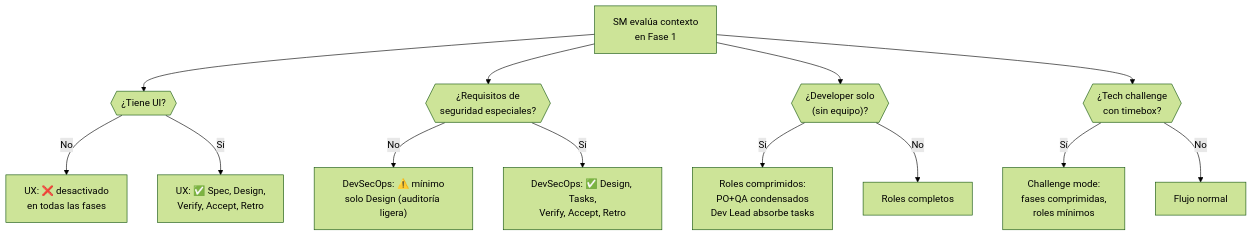
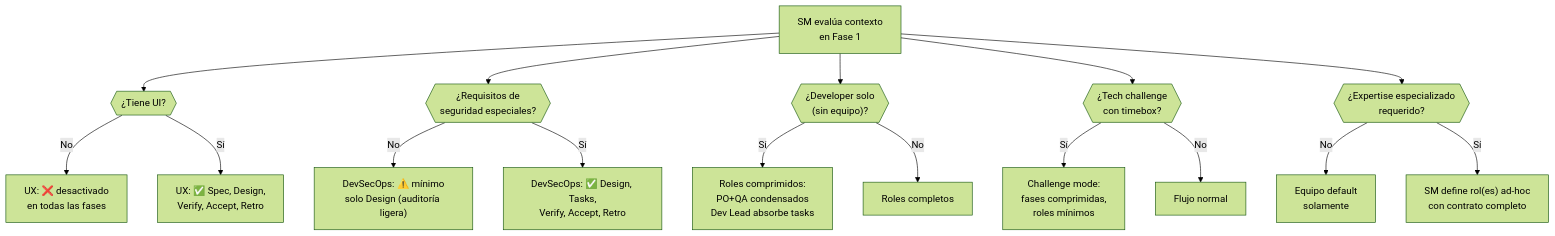
The tenth of 14 diagrams in docs/role-profiles.md (virgenherrera/idea-to-mvp), drawn with Mermaid (forest theme) before and after one commit. The commit also changed other lines of this file and 6 other files, not shown here.

````diff
--- a/docs/role-profiles.md
+++ b/docs/role-profiles.md
@@ -408,20 +536,24 @@
 ```mermaid
 flowchart TD
     START["SM evalúa contexto\nen Fase 1"]
 
     START --> Q_UI{{"¿Tiene UI?"}}
     Q_UI -->|No| NO_UX["UX: ❌ desactivado\nen todas las fases"]
     Q_UI -->|Sí| UX_ON["UX: ✅ Spec, Design,\nVerify, Accept, Retro"]
 
     START --> Q_SEC{{"¿Requisitos de\nseguridad especiales?"}}
     Q_SEC -->|No| MIN_SEC["DevSecOps: ⚠️ mínimo\nsolo Design (auditoría ligera)"]
     Q_SEC -->|Sí| SEC_ON["DevSecOps: ✅ Design, Tasks,\nVerify, Accept, Retro"]
 
     START --> Q_SOLO{{"¿Developer solo\n(sin equipo)?"}}
     Q_SOLO -->|Sí| COMPRESS["Roles comprimidos:\nPO+QA condensados\nDev Lead absorbe tasks"]
     Q_SOLO -->|No| FULL["Roles completos"]
 
     START --> Q_CHALLENGE{{"¿Tech challenge\ncon timebox?"}}
     Q_CHALLENGE -->|Sí| FAST["Challenge mode:\nfases comprimidas,\nroles mínimos"]
     Q_CHALLENGE -->|No| NORMAL["Flujo normal"]
+
+    START --> Q_ADHOC{{"¿Expertise especializado\nrequerido?"}}
+    Q_ADHOC -->|No| DEFAULT_TEAM["Equipo default\nsolamente"]
+    Q_ADHOC -->|Sí| ADHOC_ON["SM define rol(es) ad-hoc\ncon contrato completo"]
 ```
````
